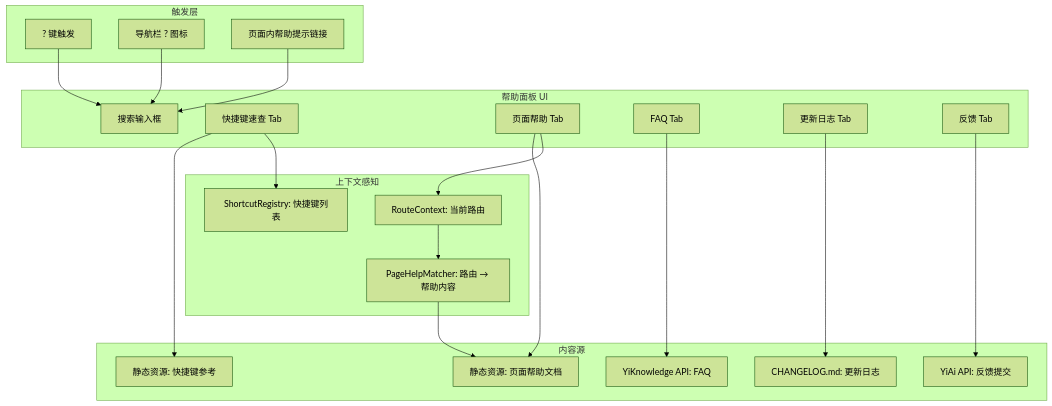
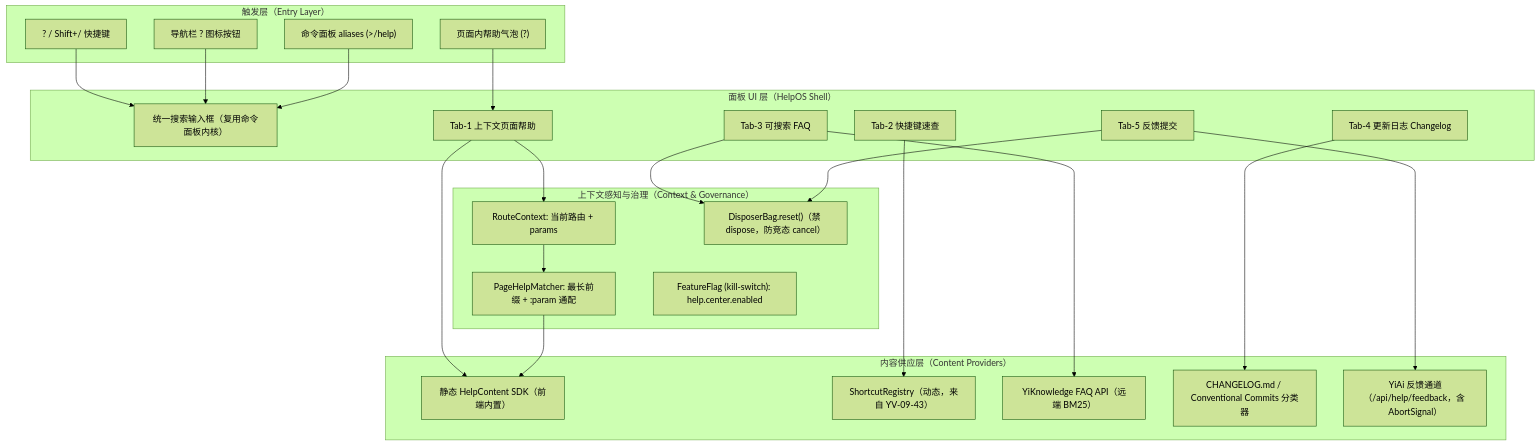
One commit to effiy/YrY changed the second of 5 diagrams in YiKnowledge/projects/yivad/prds/2026-09/35-prd-快捷键参考与帮助中心.md. Above: the diagram before and after it, drawn with Mermaid (forest theme). The commit also changed other lines of this file and 39 other files, not shown here.

First line of the commit message:
feat(yivad): implement HelpOS help center suite

````diff
--- a/YiKnowledge/projects/yivad/prds/2026-09/35-prd-快捷键参考与帮助中心.md
+++ b/YiKnowledge/projects/yivad/prds/2026-09/35-prd-快捷键参考与帮助中心.md
@@ -237,46 +276,51 @@
 ```mermaid
 graph TD
-    subgraph "触发层"
-        A1[? 键触发]
-        A2[导航栏 ? 图标]
-        A3[页面内帮助提示链接]
+    subgraph L1["触发层（Entry Layer）"]
+        A1["? / Shift+/ 快捷键"]
+        A2["导航栏 ? 图标按钮"]
+        A3["页面内帮助气泡 (?)"]
+        A4["命令面板 aliases (>/help)"]
     end
 
-    subgraph "帮助面板 UI"
-        B1[搜索输入框]
-        B2[快捷键速查 Tab]
-        B3[页面帮助 Tab]
-        B4[FAQ Tab]
-        B5[更新日志 Tab]
-        B6[反馈 Tab]
+    subgraph L2["面板 UI 层（HelpOS Shell）"]
+        B1["统一搜索输入框（复用命令面板内核）"]
+        B2["Tab-1 上下文页面帮助"]
+        B3["Tab-2 快捷键速查"]
+        B4["Tab-3 可搜索 FAQ"]
+        B5["Tab-4 更新日志 Changelog"]
+        B6["Tab-5 反馈提交"]
     end
 
-    subgraph "内容源"
-        C1[静态资源: 快捷键参考]
-        C2[静态资源: 页面帮助文档]
-        C3[YiKnowledge API: FAQ]
-        C4[CHANGELOG.md: 更新日志]
-        C5[YiAi API: 反馈提交]
+    subgraph L3["内容供应层（Content Providers）"]
+        C1["静态 HelpContent SDK（前端内置）"]
+        C2["ShortcutRegistry（动态，来自 YV-09-43）"]
+        C3["YiKnowledge FAQ API（远端 BM25）"]
+        C4["CHANGELOG.md / Conventional Commits 分类器"]
+        C5["YiAi 反馈通道（/api/help/feedback，含 AbortSignal）"]
     end
 
-    subgraph "上下文感知"
-        D1[RouteContext: 当前路由]
-        D2[PageHelpMatcher: 路由 → 帮助内容]
-        D3[ShortcutRegistry: 快捷键列表]
+    subgraph L4["上下文感知与治理（Context & Governance）"]
+        D1["RouteContext: 当前路由 + params"]
+        D2["PageHelpMatcher: 最长前缀 + :param 通配"]
+        D3["DisposerBag.reset()（禁 dispose，防竞态 cancel）"]
+        D4["FeatureFlag (kill-switch): help.center.enabled"]
     end
 
     A1 --> B1
     A2 --> B1
-    A3 --> B1
+    A3 --> B2
+    A4 --> B1
 
     B2 --> C1
     B3 --> C2
     B4 --> C3
     B5 --> C4
     B6 --> C5
 
-    B2 --> D3
-    B3 --> D1
+    B2 --> D1
     D1 --> D2
-    D2 --> C2
+    D2 --> C1
+
+    B4 --> D3
+    B6 --> D3
 ```
````
